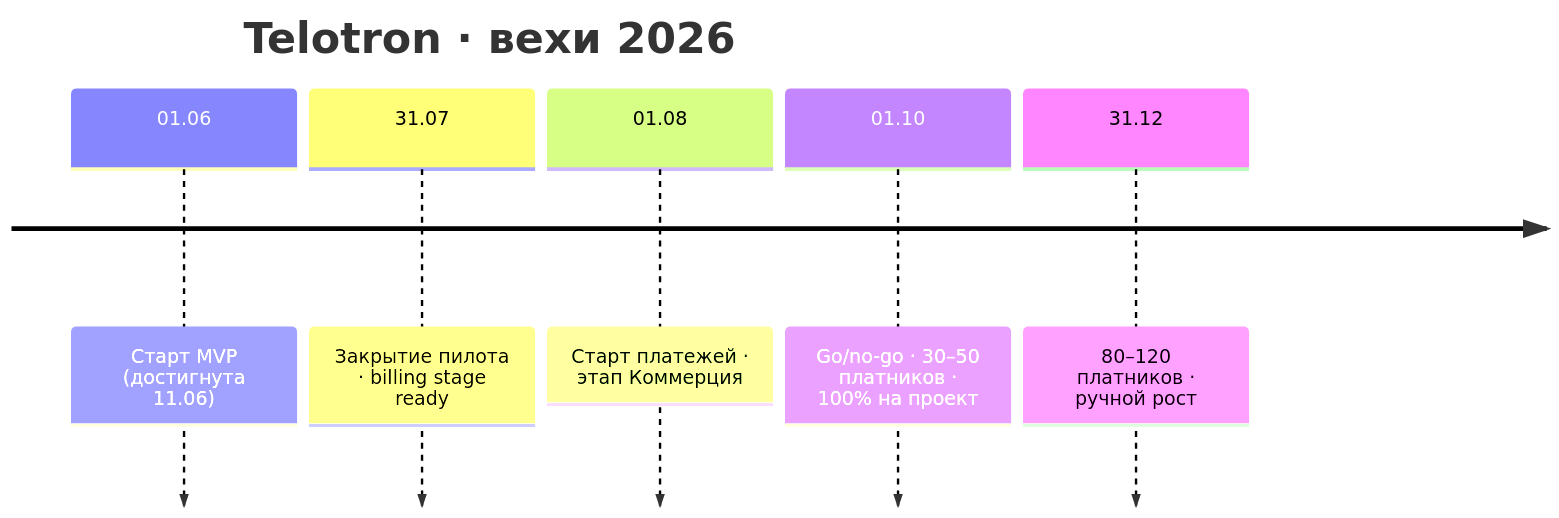
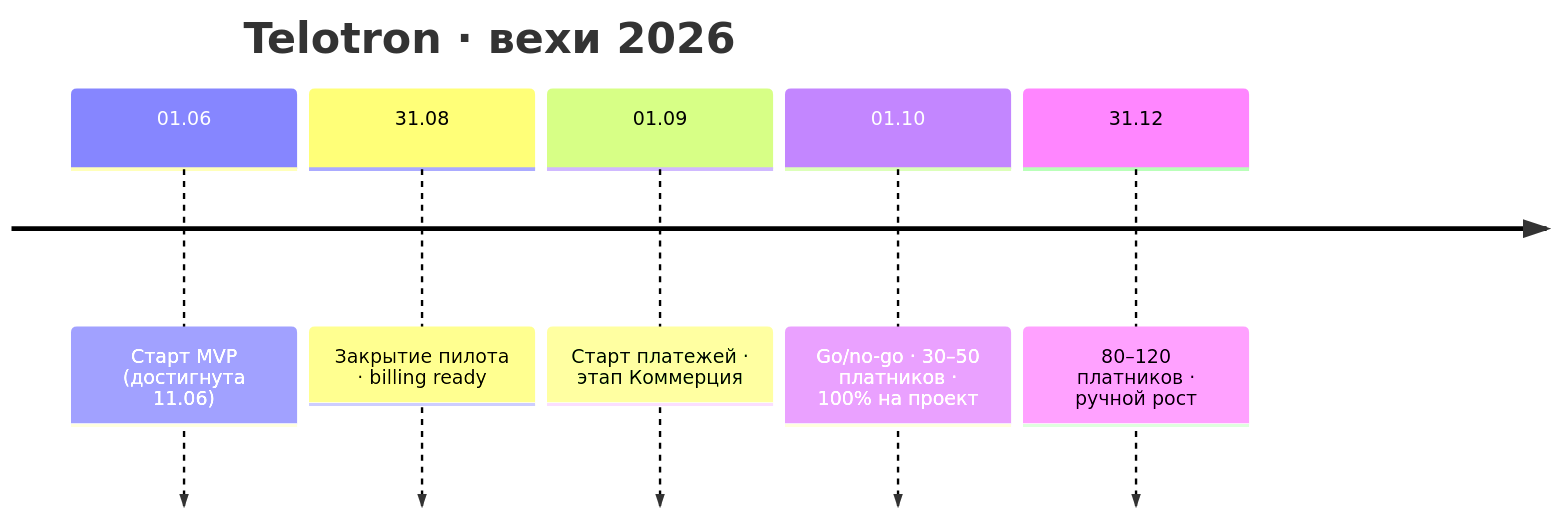
Before and after one commit to docru/telotron.team: the first of 2 diagrams in 01-Директор/Инструкции/Telotron — описание проекта.md, drawn with Mermaid. The commit also changed other lines of this file and 42 other files, not shown here.

````diff
--- a/01-Директор/Инструкции/Telotron — описание проекта.md
+++ b/01-Директор/Инструкции/Telotron — описание проекта.md
@@ -430,9 +430,9 @@
 ```mermaid
 timeline
     title Telotron · вехи 2026
     01.06 : Старт MVP (достигнута 11.06)
-    31.07 : Закрытие пилота · billing stage ready
-    01.08 : Старт платежей · этап Коммерция
+    31.08 : Закрытие пилота · billing ready
+    01.09 : Старт платежей · этап Коммерция
     01.10 : Go/no-go · 30–50 платников · 100% на проект
     31.12 : 80–120 платников · ручной рост
 ```
````
